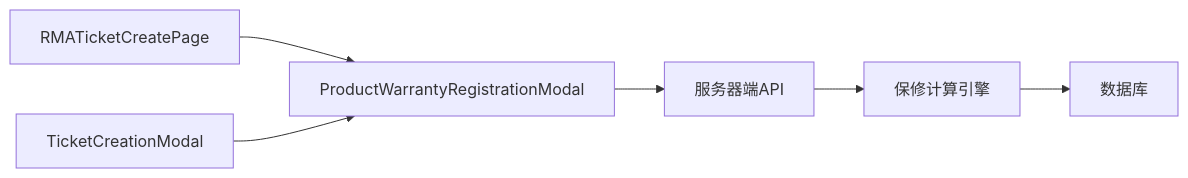
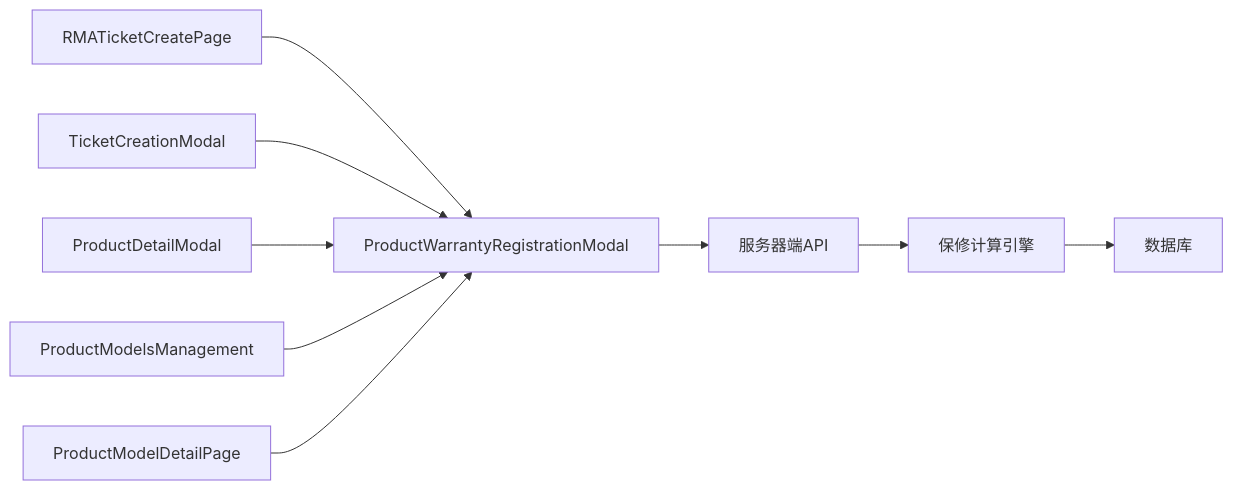
One commit to CubeEdge/Longhorn changed the sixth of 8 diagrams in .qoder/repowiki/zh/content/前端组件架构/保修注册模态框组件.md. Above: the diagram before and after it, drawn with Mermaid. The commit also changed other lines of this file and 3 other files, not shown here.

````diff
--- a/.qoder/repowiki/zh/content/前端组件架构/保修注册模态框组件.md
+++ b/.qoder/repowiki/zh/content/前端组件架构/保修注册模态框组件.md
@@ -226,8 +260,11 @@
 ```mermaid
 graph LR
 A[RMATicketCreatePage] --> B[ProductWarrantyRegistrationModal]
 C[TicketCreationModal] --> B
-B --> D[服务器端API]
-D --> E[保修计算引擎]
-E --> F[数据库]
+D[ProductDetailModal] --> B
+E[ProductModelsManagement] --> B
+F[ProductModelDetailPage] --> B
+B --> G[服务器端API]
+G --> H[保修计算引擎]
+H --> I[数据库]
 ```
````
